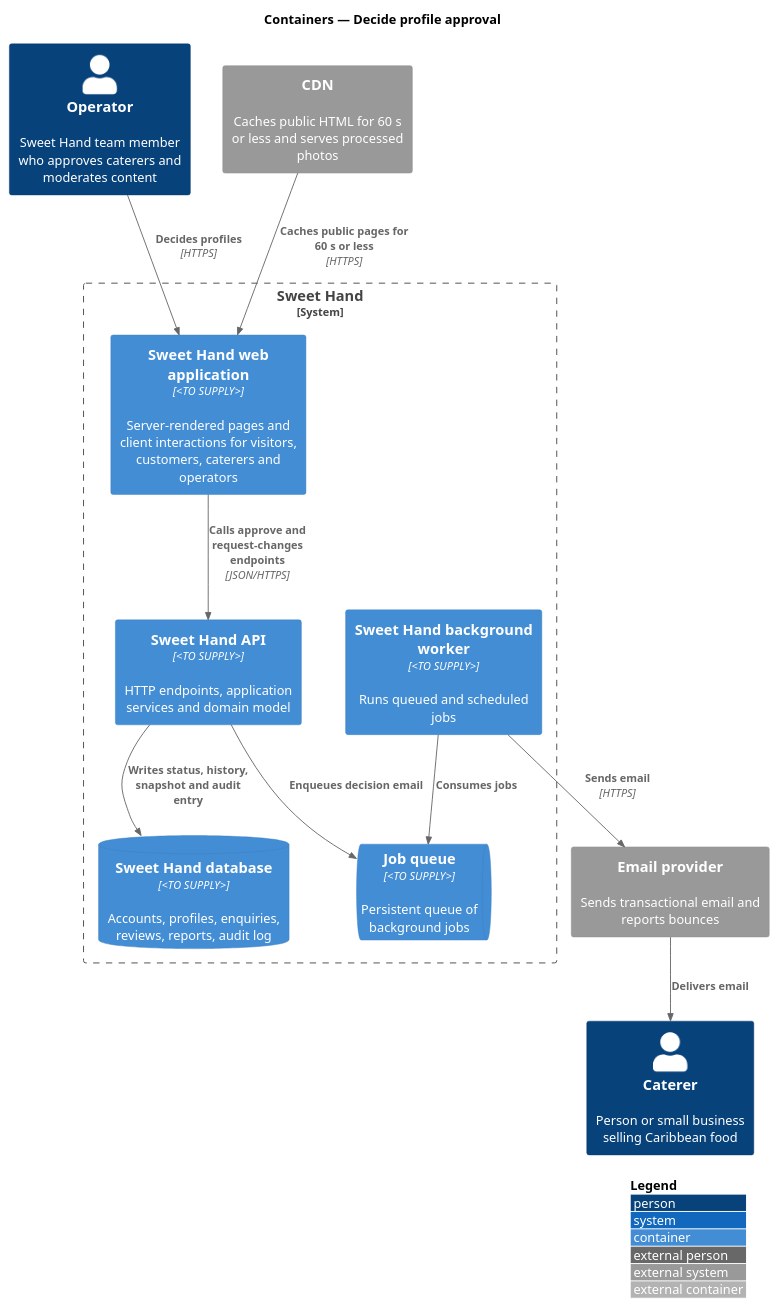
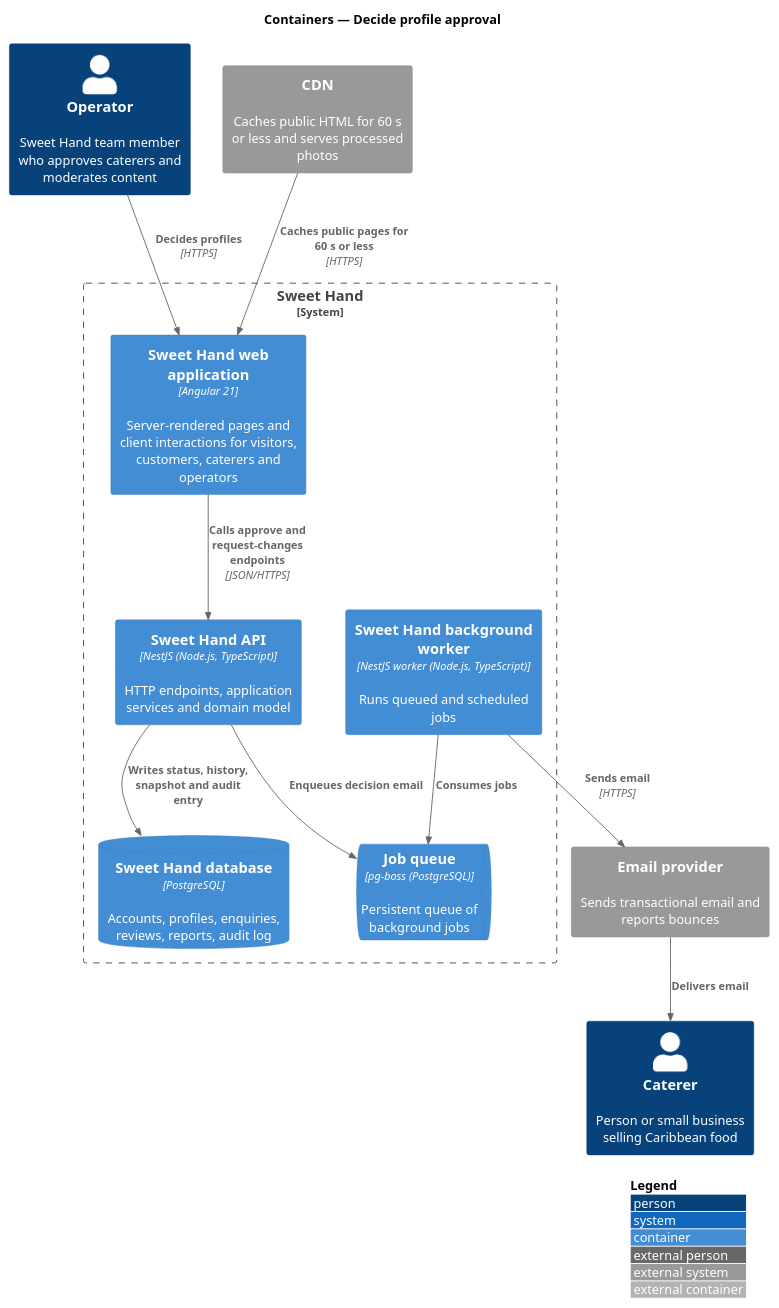
One commit to QuinntyneBrown/sweet-hand changed the diagram in docs/detailed-designs/moderation/decide-profile-approval/diagrams/c4-container.puml. Above: the diagram before and after it, drawn with PlantUML. The commit also changed 44 other files, not shown here.

```diff
--- a/docs/detailed-designs/moderation/decide-profile-approval/diagrams/c4-container.puml
+++ b/docs/detailed-designs/moderation/decide-profile-approval/diagrams/c4-container.puml
@@ -1,26 +1,26 @@
 @startuml
 !include <C4/C4_Container>
 LAYOUT_WITH_LEGEND()
 title Containers — Decide profile approval
 
 Person(operator, "Operator", "Sweet Hand team member who approves caterers and moderates content")
 Person(caterer, "Caterer", "Person or small business selling Caribbean food")
 System_Boundary(sweethand, "Sweet Hand") {
-  Container(web, "Sweet Hand web application", "<TO SUPPLY>", "Server-rendered pages and client interactions for visitors, customers, caterers and operators")
-  Container(api, "Sweet Hand API", "<TO SUPPLY>", "HTTP endpoints, application services and domain model")
-  Container(worker, "Sweet Hand background worker", "<TO SUPPLY>", "Runs queued and scheduled jobs")
-  ContainerDb(db, "Sweet Hand database", "<TO SUPPLY>", "Accounts, profiles, enquiries, reviews, reports, audit log")
-  ContainerQueue(queue, "Job queue", "<TO SUPPLY>", "Persistent queue of background jobs")
+  Container(web, "Sweet Hand web application", "Angular 21", "Server-rendered pages and client interactions for visitors, customers, caterers and operators")
+  Container(api, "Sweet Hand API", "NestJS (Node.js, TypeScript)", "HTTP endpoints, application services and domain model")
+  Container(worker, "Sweet Hand background worker", "NestJS worker (Node.js, TypeScript)", "Runs queued and scheduled jobs")
+  ContainerDb(db, "Sweet Hand database", "PostgreSQL", "Accounts, profiles, enquiries, reviews, reports, audit log")
+  ContainerQueue(queue, "Job queue", "pg-boss (PostgreSQL)", "Persistent queue of background jobs")
 }
 System_Ext(email, "Email provider", "Sends transactional email and reports bounces")
 System_Ext(cdn, "CDN", "Caches public HTML for 60 s or less and serves processed photos")
 
 Rel(operator, web, "Decides profiles", "HTTPS")
 Rel(web, api, "Calls approve and request-changes endpoints", "JSON/HTTPS")
 Rel(api, db, "Writes status, history, snapshot and audit entry")
 Rel(api, queue, "Enqueues decision email")
 Rel(worker, queue, "Consumes jobs")
 Rel(worker, email, "Sends email", "HTTPS")
 Rel(email, caterer, "Delivers email")
 Rel(cdn, web, "Caches public pages for 60 s or less", "HTTPS")
 @enduml
```
